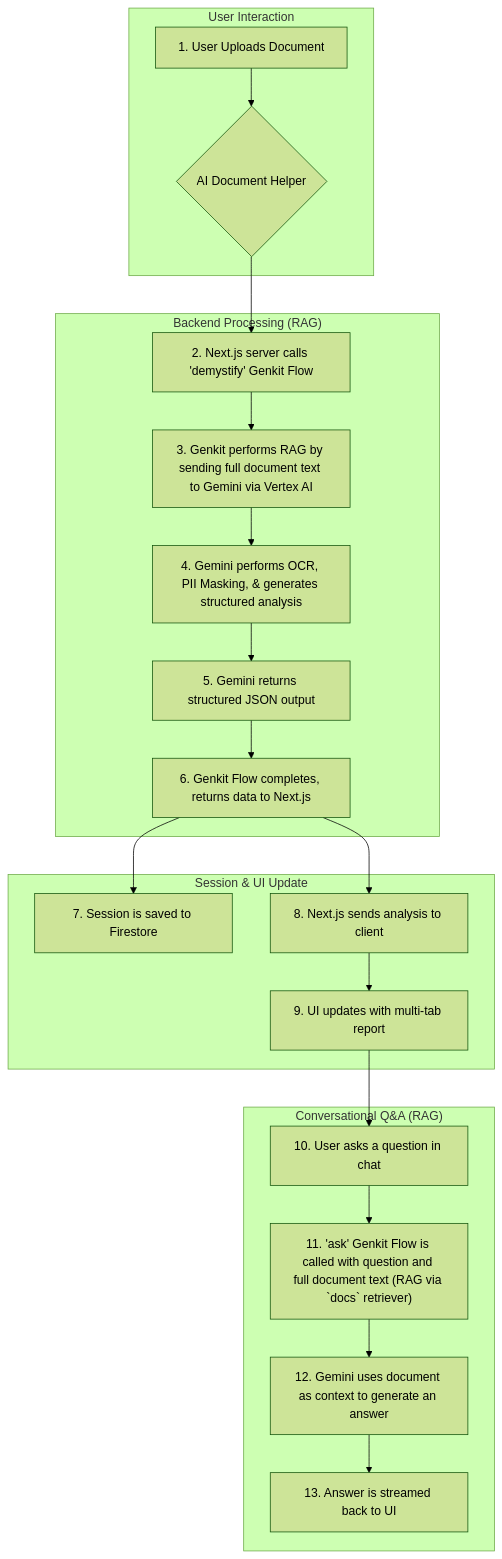
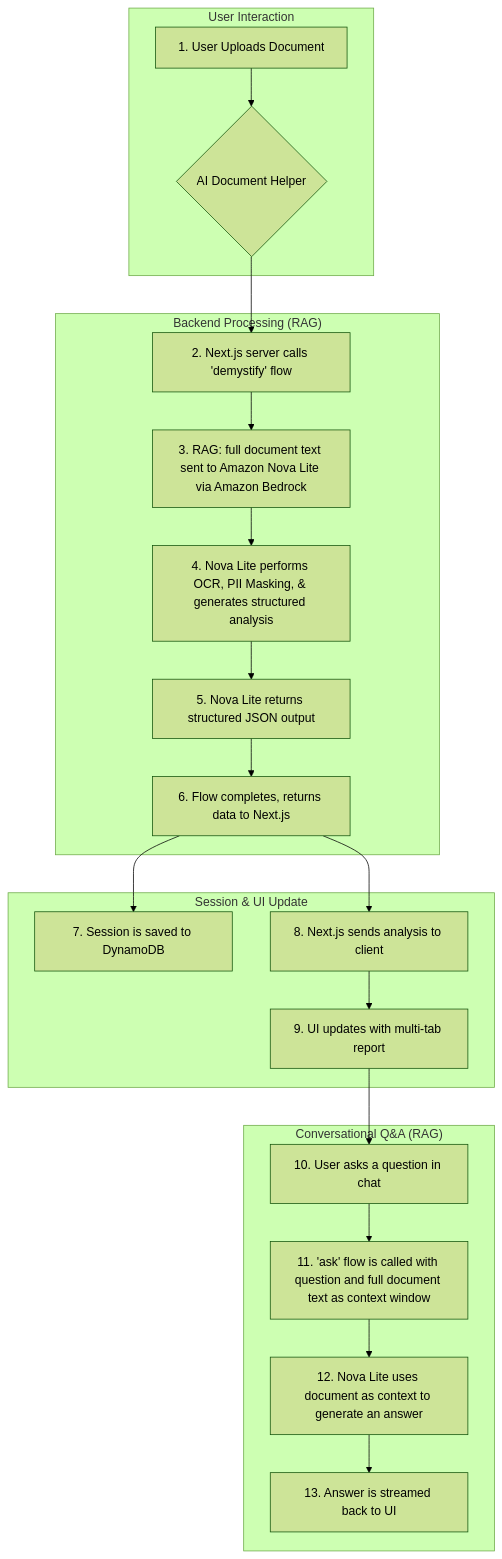
The third of 4 diagrams in README.md (AnjKal/VidhikAI_Final), drawn with Mermaid (forest theme) before and after one commit. The commit also changed other lines of this file, not shown here.

````diff
--- a/README.md
+++ b/README.md
@@ -127,24 +309,24 @@
 ```mermaid
 graph TD
     subgraph User Interaction
         A["1. User Uploads Document"] --> B{"AI Document Helper"};
     end
     subgraph "Backend Processing (RAG)"
-        B --> C["2. Next.js server calls 'demystify' Genkit Flow"];
-        C --> D["3. Genkit performs RAG by sending full document text to Gemini via Vertex AI"];
-        D --> E["4. Gemini performs OCR, PII Masking, & generates structured analysis"];
-        E --> F["5. Gemini returns structured JSON output"];
-        F --> G["6. Genkit Flow completes, returns data to Next.js"];
+        B --> C["2. Next.js server calls 'demystify' flow"];
+        C --> D["3. RAG: full document text sent to Amazon Nova Lite via Amazon Bedrock"];
+        D --> E["4. Nova Lite performs OCR, PII Masking, & generates structured analysis"];
+        E --> F["5. Nova Lite returns structured JSON output"];
+        F --> G["6. Flow completes, returns data to Next.js"];
     end
     subgraph Session & UI Update
-        G --> H["7. Session is saved to Firestore"];
+        G --> H["7. Session is saved to DynamoDB"];
         G --> I["8. Next.js sends analysis to client"];
         I --> J["9. UI updates with multi-tab report"];
     end
     subgraph "Conversational Q&A (RAG)"
         J --> K["10. User asks a question in chat"];
-        K --> L["11. 'ask' Genkit Flow is called with question and full document text (RAG via `docs` retriever)"];
-        L --> M["12. Gemini uses document as context to generate an answer"];
+        K --> L["11. 'ask' flow is called with question and full document text as context window"];
+        L --> M["12. Nova Lite uses document as context to generate an answer"];
         M --> N["13. Answer is streamed back to UI"];
     end
 ```
````
